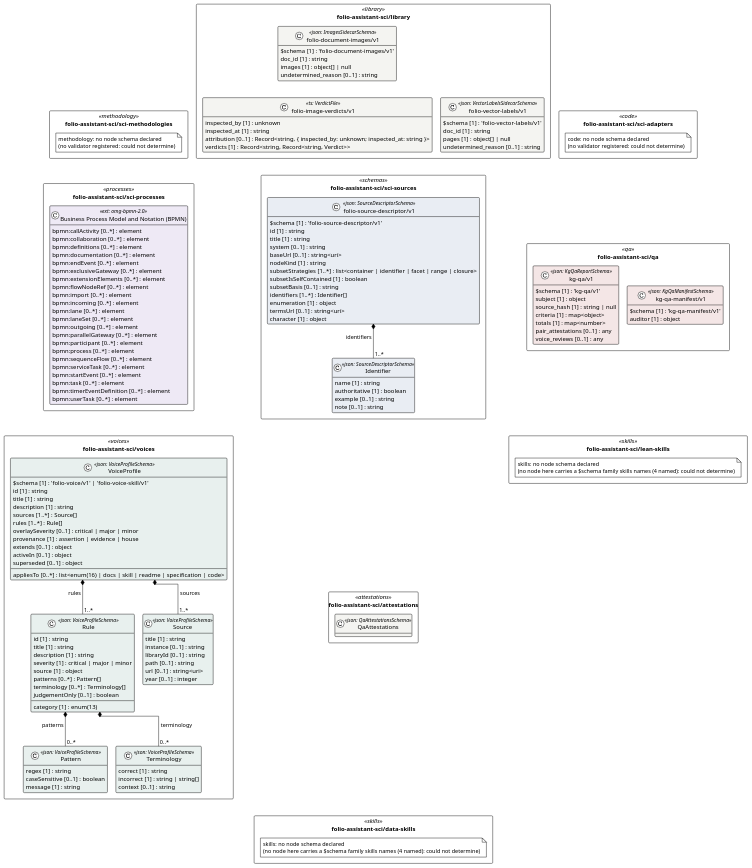
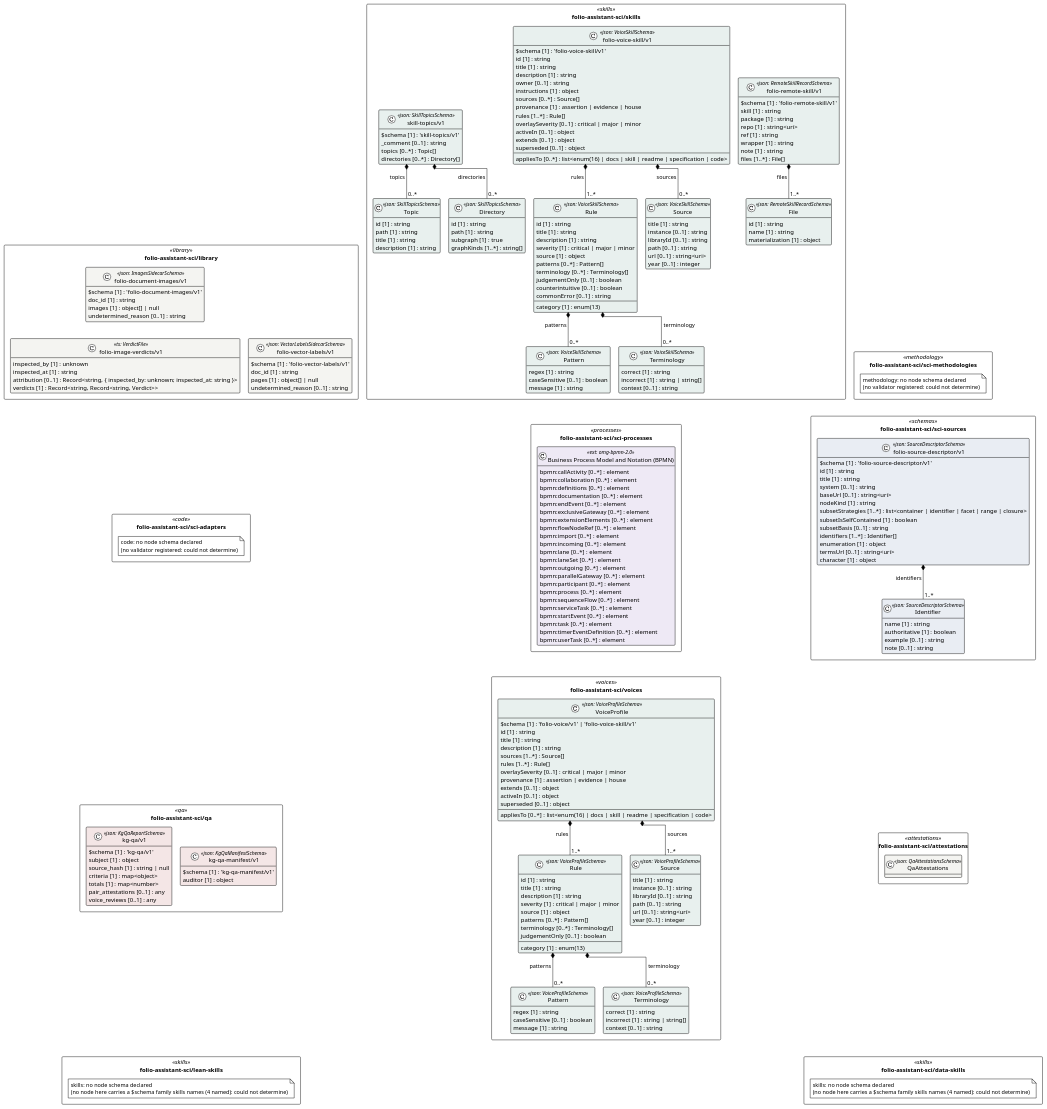
The diagram in cat-harness/uml/overview/folio-assistant-sci.puml (litlfred/folio-assistant), drawn with PlantUML before and after one commit. The commit also changed 87 other files, not shown here.

```diff
--- a/cat-harness/uml/overview/folio-assistant-sci.puml
+++ b/cat-harness/uml/overview/folio-assistant-sci.puml
@@ -30,6 +30,88 @@
 }
 package "folio-assistant-sci/sci-methodologies" as pkg_folio_assistant_sci_sci_methodologies <<methodology>> {
   note "methodology: no node schema declared\n(no validator registered: could not determine)" as n_folio_assistant_sci_sci_methodologies_methodology
+}
+package "folio-assistant-sci/skills" as pkg_folio_assistant_sci_skills <<skills>> {
+  class "Source" as folio_assistant_sci_skills_folio_voice_skill_v1_Source <<json: VoiceSkillSchema>> #e8f0ee {
+    title [1] : string
+    instance [0..1] : string
+    libraryId [0..1] : string
+    path [0..1] : string
+    url [0..1] : string<uri>
+    year [0..1] : integer
+  }
+  class "Pattern" as folio_assistant_sci_skills_folio_voice_skill_v1_Pattern <<json: VoiceSkillSchema>> #e8f0ee {
+    regex [1] : string
+    caseSensitive [0..1] : boolean
+    message [1] : string
+  }
+  class "Terminology" as folio_assistant_sci_skills_folio_voice_skill_v1_Terminology <<json: VoiceSkillSchema>> #e8f0ee {
+    correct [1] : string
+    incorrect [1] : string | string[]
+    context [0..1] : string
+  }
+  class "Rule" as folio_assistant_sci_skills_folio_voice_skill_v1_Rule <<json: VoiceSkillSchema>> #e8f0ee {
+    id [1] : string
+    title [1] : string
+    description [1] : string
+    category [1] : enum(13)
+    severity [1] : critical | major | minor
+    source [1] : object
+    patterns [0..*] : Pattern[]
+    terminology [0..*] : Terminology[]
+    judgementOnly [0..1] : boolean
+    counterintuitive [0..1] : boolean
+    commonError [0..1] : string
+  }
+  class "folio-voice-skill/v1" as folio_assistant_sci_skills_folio_voice_skill_v1_folio_voice_skill_v1 <<json: VoiceSkillSchema>> #e8f0ee {
+    $schema [1] : 'folio-voice-skill/v1'
+    id [1] : string
+    title [1] : string
+    description [1] : string
+    owner [0..1] : string
+    instructions [1] : object
+    sources [0..*] : Source[]
+    provenance [1] : assertion | evidence | house
+    rules [1..*] : Rule[]
+    overlaySeverity [0..1] : critical | major | minor
+    appliesTo [0..*] : list<enum(16) | docs | skill | readme | specification | code>
+    activeIn [0..1] : object
+    extends [0..1] : object
+    superseded [0..1] : object
+  }
+  class "File" as folio_assistant_sci_skills_folio_remote_skill_v1_File <<json: RemoteSkillRecordSchema>> #e8f0ee {
+    id [1] : string
+    name [1] : string
+    materialization [1] : object
+  }
+  class "folio-remote-skill/v1" as folio_assistant_sci_skills_folio_remote_skill_v1_folio_remote_skill_v1 <<json: RemoteSkillRecordSchema>> #e8f0ee {
+    $schema [1] : 'folio-remote-skill/v1'
+    skill [1] : string
+    package [1] : string
+    repo [1] : string<uri>
+    ref [1] : string
+    wrapper [1] : string
+    note [1] : string
+    files [1..*] : File[]
+  }
+  class "Topic" as folio_assistant_sci_skills_skill_topics_v1_Topic <<json: SkillTopicsSchema>> #e8f0ee {
+    id [1] : string
+    path [1] : string
+    title [1] : string
+    description [1] : string
+  }
+  class "Directory" as folio_assistant_sci_skills_skill_topics_v1_Directory <<json: SkillTopicsSchema>> #e8f0ee {
+    id [1] : string
+    path [1] : string
+    subgraph [1] : true
+    graphKinds [1..*] : string[]
+  }
+  class "skill-topics/v1" as folio_assistant_sci_skills_skill_topics_v1_skill_topics_v1 <<json: SkillTopicsSchema>> #e8f0ee {
+    $schema [1] : 'skill-topics/v1'
+    _comment [0..1] : string
+    topics [0..*] : Topic[]
+    directories [0..*] : Directory[]
+  }
 }
 package "folio-assistant-sci/sci-adapters" as pkg_folio_assistant_sci_sci_adapters <<code>> {
   note "code: no node schema declared\n(no validator registered: could not determine)" as n_folio_assistant_sci_sci_adapters_code
@@ -154,14 +236,22 @@
   note "skills: no node schema declared\n(no node here carries a $schema family skills names (4 named): could not determine)" as n_folio_assistant_sci_data_skills_skills
 }
 
+folio_assistant_sci_skills_folio_voice_skill_v1_folio_voice_skill_v1 *-- "0..*" folio_assistant_sci_skills_folio_voice_skill_v1_Source : sources
+folio_assistant_sci_skills_folio_voice_skill_v1_Rule *-- "0..*" folio_assistant_sci_skills_folio_voice_skill_v1_Pattern : patterns
+folio_assistant_sci_skills_folio_voice_skill_v1_Rule *-- "0..*" folio_assistant_sci_skills_folio_voice_skill_v1_Terminology : terminology
+folio_assistant_sci_skills_folio_voice_skill_v1_folio_voice_skill_v1 *-- "1..*" folio_assistant_sci_skills_folio_voice_skill_v1_Rule : rules
+folio_assistant_sci_skills_folio_remote_skill_v1_folio_remote_skill_v1 *-- "1..*" folio_assistant_sci_skills_folio_remote_skill_v1_File : files
+folio_assistant_sci_skills_skill_topics_v1_skill_topics_v1 *-- "0..*" folio_assistant_sci_skills_skill_topics_v1_Topic : topics
+folio_assistant_sci_skills_skill_topics_v1_skill_topics_v1 *-- "0..*" folio_assistant_sci_skills_skill_topics_v1_Directory : directories
 folio_assistant_sci_sci_sources_folio_source_descriptor_v1_folio_source_descriptor_v1 *-- "1..*" folio_assistant_sci_sci_sources_folio_source_descriptor_v1_Identifier : identifiers
 folio_assistant_sci_voices_VoiceProfile *-- "1..*" folio_assistant_sci_voices_Source : sources
 folio_assistant_sci_voices_Rule *-- "0..*" folio_assistant_sci_voices_Pattern : patterns
 folio_assistant_sci_voices_Rule *-- "0..*" folio_assistant_sci_voices_Terminology : terminology
 folio_assistant_sci_voices_VoiceProfile *-- "1..*" folio_assistant_sci_voices_Rule : rules
-' grid: portrait, 3 column(s) — pkg_folio_assistant_sci_library pkg_folio_assistant_sci_sci_methodologies pkg_folio_assistant_sci_sci_adapters pkg_folio_assistant_sci_sci_sources pkg_folio_assistant_sci_sci_processes pkg_folio_assistant_sci_qa pkg_folio_assistant_sci_attestations pkg_folio_assistant_sci_voices pkg_folio_assistant_sci_lean_skills pkg_folio_assistant_sci_data_skills
-pkg_folio_assistant_sci_library -[hidden]down- pkg_folio_assistant_sci_sci_sources
-pkg_folio_assistant_sci_sci_methodologies -[hidden]down- pkg_folio_assistant_sci_sci_processes
+' grid: portrait, 3 column(s) — pkg_folio_assistant_sci_library pkg_folio_assistant_sci_sci_methodologies pkg_folio_assistant_sci_skills pkg_folio_assistant_sci_sci_adapters pkg_folio_assistant_sci_sci_sources pkg_folio_assistant_sci_sci_processes pkg_folio_assistant_sci_qa pkg_folio_assistant_sci_attestations pkg_folio_assistant_sci_voices pkg_folio_assistant_sci_lean_skills pkg_folio_assistant_sci_data_skills
+pkg_folio_assistant_sci_library -[hidden]down- pkg_folio_assistant_sci_sci_adapters
+pkg_folio_assistant_sci_sci_methodologies -[hidden]down- pkg_folio_assistant_sci_sci_sources
+pkg_folio_assistant_sci_skills -[hidden]down- pkg_folio_assistant_sci_sci_processes
 pkg_folio_assistant_sci_sci_adapters -[hidden]down- pkg_folio_assistant_sci_qa
 pkg_folio_assistant_sci_sci_sources -[hidden]down- pkg_folio_assistant_sci_attestations
 pkg_folio_assistant_sci_sci_processes -[hidden]down- pkg_folio_assistant_sci_voices
```
